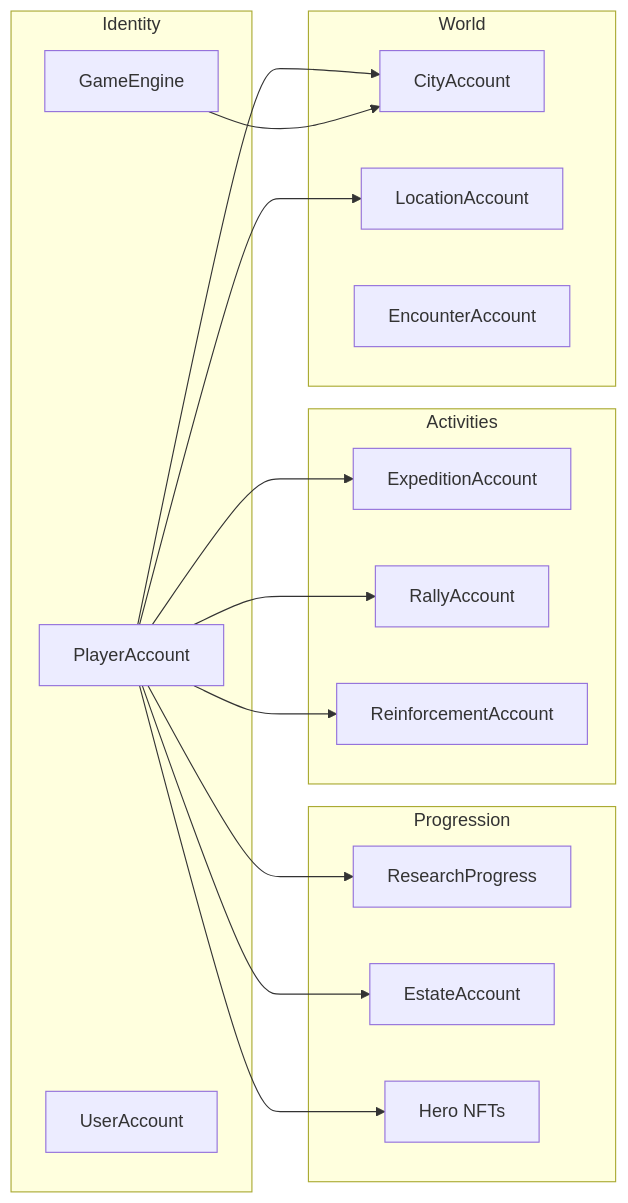
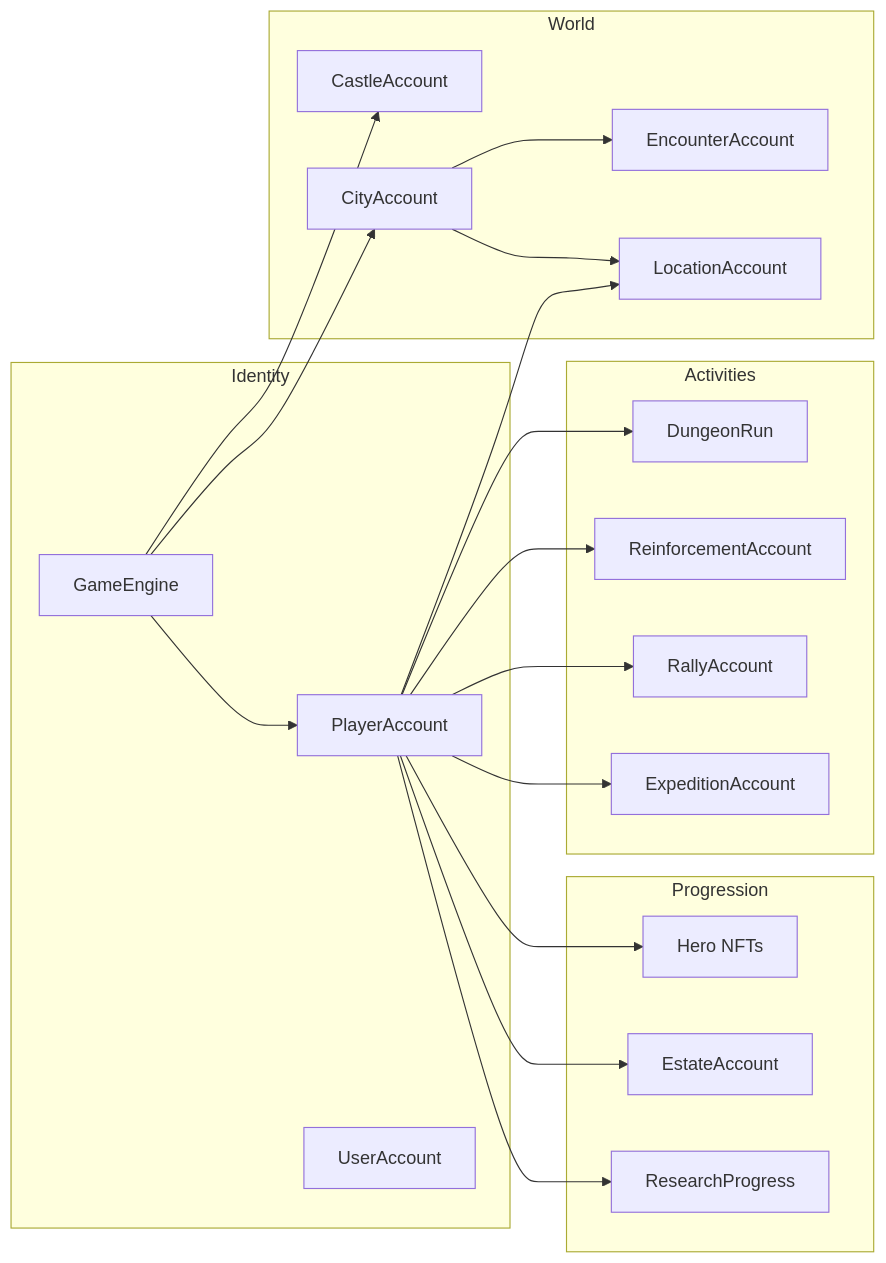
One commit to crypt0miester/novus-mundus changed the fifth of 5 diagrams in docs/onchain/README.md. Above: the diagram before and after it, drawn with Mermaid. The commit also changed other lines of this file and 259 other files, not shown here.

````diff
--- a/docs/onchain/README.md
+++ b/docs/onchain/README.md
@@ -70,31 +112,30 @@
 ```mermaid
 graph LR
-    subgraph "Identity"
+    subgraph Identity
         GA[GameEngine]
         PA[PlayerAccount]
         UA[UserAccount]
     end
-
-    subgraph "Progression"
+    subgraph Progression
         RA[ResearchProgress]
         EA[EstateAccount]
         HA[Hero NFTs]
     end
-
-    subgraph "Activities"
+    subgraph Activities
         EXP[ExpeditionAccount]
         RALLY[RallyAccount]
         REINF[ReinforcementAccount]
+        DUN[DungeonRun]
     end
-
-    subgraph "World"
+    subgraph World
         CITY[CityAccount]
         LOC[LocationAccount]
         ENC[EncounterAccount]
+        CAS[CastleAccount]
     end
-
+    GA --> PA & CITY & CAS
     PA --> RA & EA & HA
-    PA --> EXP & RALLY & REINF
-    PA --> CITY & LOC
-    GA --> CITY
+    PA --> EXP & RALLY & REINF & DUN
+    PA --> LOC
+    CITY --> LOC & ENC
 ```
````
